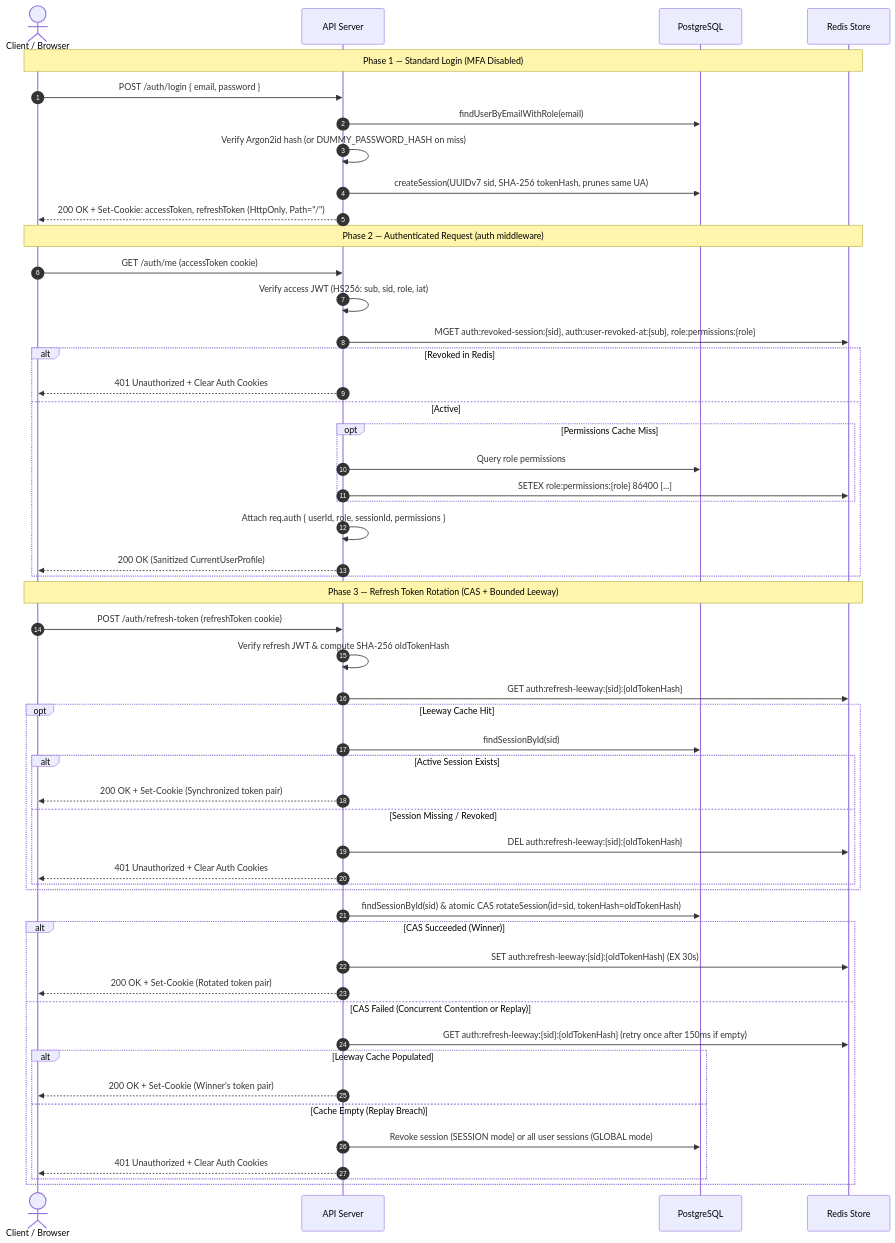
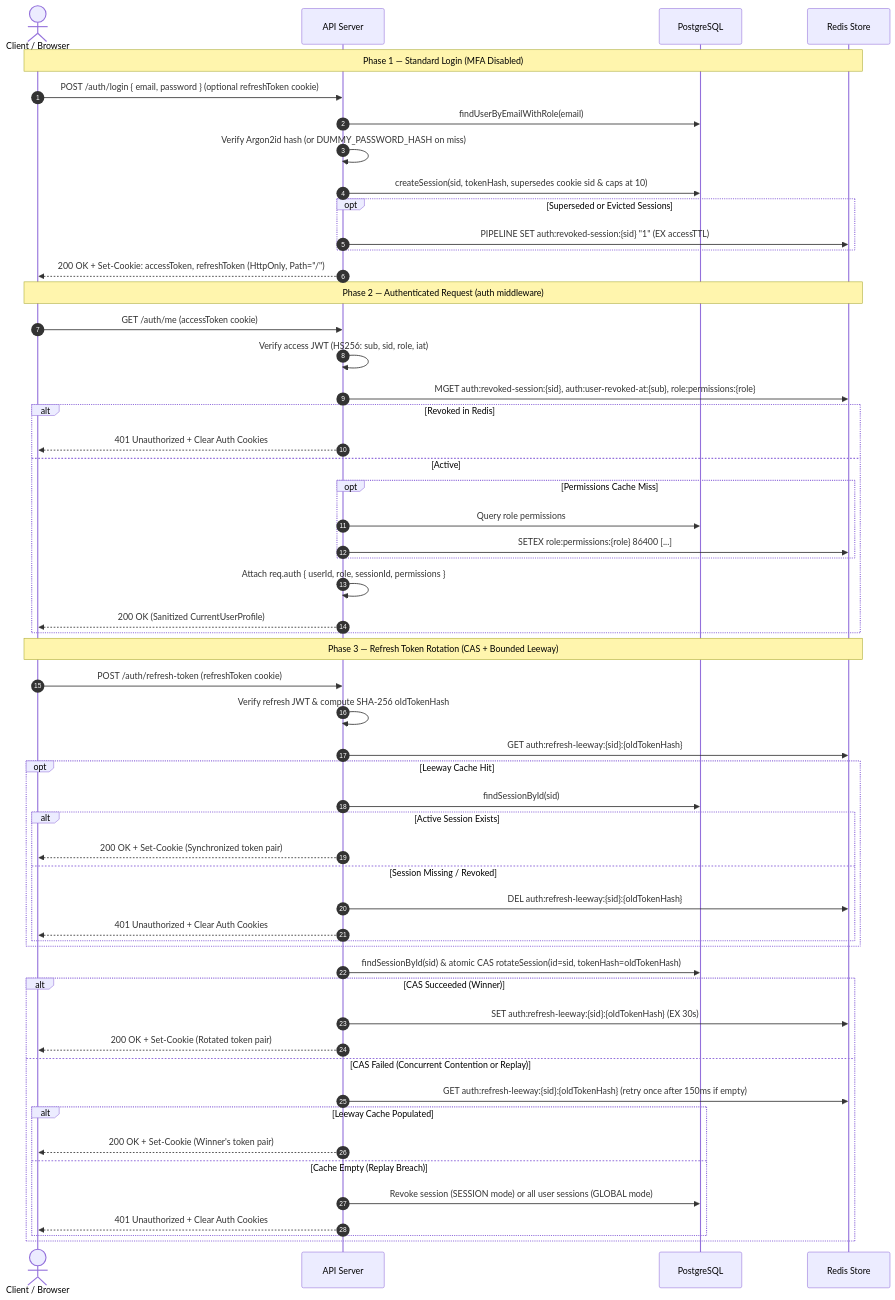
Before and after one commit to utkarshj014/authsphere: the third of 6 diagrams in docs/ARCHITECTURE.md, drawn with Mermaid. The commit also changed other lines of this file and 12 other files, not shown here.

````diff
--- a/docs/ARCHITECTURE.md
+++ b/docs/ARCHITECTURE.md
@@ -350,57 +350,60 @@
 ```mermaid
 sequenceDiagram
     autonumber
     actor Client as Client / Browser
     participant API as API Server
     participant DB as PostgreSQL
     participant Redis as Redis Store
 
     Note over Client, Redis: Phase 1 — Standard Login (MFA Disabled)
-    Client->>API: POST /auth/login { email, password }
+    Client->>API: POST /auth/login { email, password } (optional refreshToken cookie)
     API->>DB: findUserByEmailWithRole(email)
     API->>API: Verify Argon2id hash (or DUMMY_PASSWORD_HASH on miss)
-    API->>DB: createSession(UUIDv7 sid, SHA-256 tokenHash, prunes same UA)
+    API->>DB: createSession(sid, tokenHash, supersedes cookie sid & caps at 10)
+    opt Superseded or Evicted Sessions
+        API->>Redis: PIPELINE SET auth:revoked-session:{sid} "1" (EX accessTTL)
+    end
     API-->>Client: 200 OK + Set-Cookie: accessToken, refreshToken (HttpOnly, Path="/")
 
     Note over Client, Redis: Phase 2 — Authenticated Request (auth middleware)
     Client->>API: GET /auth/me (accessToken cookie)
     API->>API: Verify access JWT (HS256: sub, sid, role, iat)
     API->>Redis: MGET auth:revoked-session:{sid}, auth:user-revoked-at:{sub}, role:permissions:{role}
     alt Revoked in Redis
         API-->>Client: 401 Unauthorized + Clear Auth Cookies
     else Active
         opt Permissions Cache Miss
             API->>DB: Query role permissions
             API->>Redis: SETEX role:permissions:{role} 86400 [...]
         end
         API->>API: Attach req.auth { userId, role, sessionId, permissions }
         API-->>Client: 200 OK (Sanitized CurrentUserProfile)
     end
 
     Note over Client, Redis: Phase 3 — Refresh Token Rotation (CAS + Bounded Leeway)
     Client->>API: POST /auth/refresh-token (refreshToken cookie)
     API->>API: Verify refresh JWT & compute SHA-256 oldTokenHash
     API->>Redis: GET auth:refresh-leeway:{sid}:{oldTokenHash}
     opt Leeway Cache Hit
         API->>DB: findSessionById(sid)
         alt Active Session Exists
             API-->>Client: 200 OK + Set-Cookie (Synchronized token pair)
         else Session Missing / Revoked
             API->>Redis: DEL auth:refresh-leeway:{sid}:{oldTokenHash}
             API-->>Client: 401 Unauthorized + Clear Auth Cookies
         end
     end
     API->>DB: findSessionById(sid) & atomic CAS rotateSession(id=sid, tokenHash=oldTokenHash)
     alt CAS Succeeded (Winner)
         API->>Redis: SET auth:refresh-leeway:{sid}:{oldTokenHash} (EX 30s)
         API-->>Client: 200 OK + Set-Cookie (Rotated token pair)
     else CAS Failed (Concurrent Contention or Replay)
         API->>Redis: GET auth:refresh-leeway:{sid}:{oldTokenHash} (retry once after 150ms if empty)
         alt Leeway Cache Populated
             API-->>Client: 200 OK + Set-Cookie (Winner's token pair)
         else Cache Empty (Replay Breach)
             API->>DB: Revoke session (SESSION mode) or all user sessions (GLOBAL mode)
             API-->>Client: 401 Unauthorized + Clear Auth Cookies
         end
     end
 ```
````
